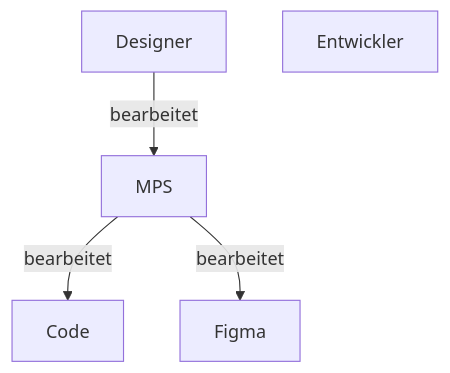
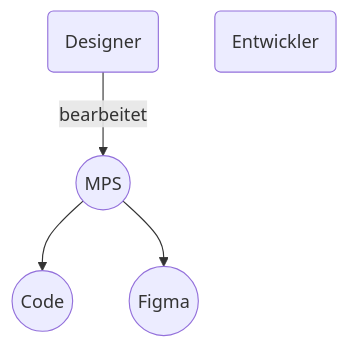
Before and after one commit to NikBenson/BAT: the diagram in paper/assets/img/diagrams/designflow_new.mmd, drawn with Mermaid. The commit also changed 14 other files, not shown here.

```diff
--- a/paper/assets/img/diagrams/designflow_new.mmd
+++ b/paper/assets/img/diagrams/designflow_new.mmd
@@ -1,5 +1,10 @@
 graph TD
+    Designer(Designer)
+    MPS((MPS))
+    Figma((Figma))
+    Entwickler(Entwickler)
+    Code((Code))
+
     Designer -- bearbeitet --> MPS
-    MPS -- bearbeitet --> Code
-    MPS -- bearbeitet --> Figma
-    Entwickler
+    MPS --> Code
+    MPS --> Figma
```
